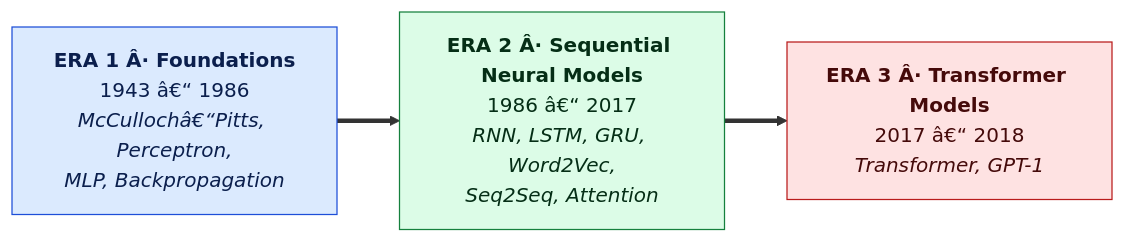
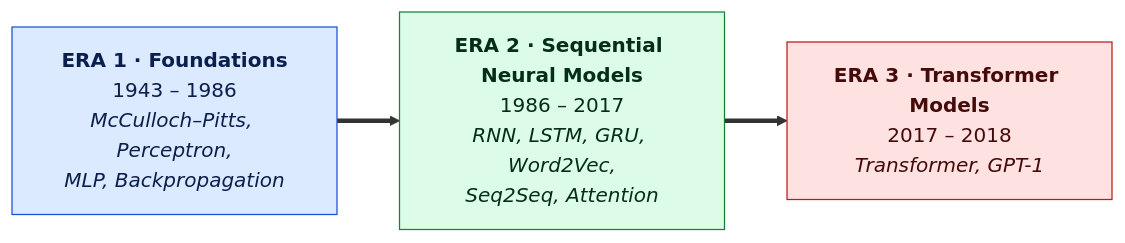
The first of 15 diagrams in README.md (cyourth/neural-network-lineage), drawn with Mermaid before and after one commit. The commit also changed other lines of this file, not shown here.

````diff
--- a/README.md
+++ b/README.md
@@ -42,14 +42,14 @@
 ```mermaid
 flowchart LR
-    E1["<b>ERA 1 Â· Foundations</b><br/>1943 â€“ 1986<br/><i>McCullochâ€“Pitts, Perceptron,<br/>MLP, Backpropagation</i>"]
-    E2["<b>ERA 2 Â· Sequential Neural Models</b><br/>1986 â€“ 2017<br/><i>RNN, LSTM, GRU, Word2Vec,<br/>Seq2Seq, Attention</i>"]
-    E3["<b>ERA 3 Â· Transformer Models</b><br/>2017 â€“ 2018<br/><i>Transformer, GPT-1</i>"]
+    E1["<b>ERA 1 · Foundations</b><br/>1943 – 1986<br/><i>McCulloch–Pitts, Perceptron,<br/>MLP, Backpropagation</i>"]
+    E2["<b>ERA 2 · Sequential Neural Models</b><br/>1986 – 2017<br/><i>RNN, LSTM, GRU, Word2Vec,<br/>Seq2Seq, Attention</i>"]
+    E3["<b>ERA 3 · Transformer Models</b><br/>2017 – 2018<br/><i>Transformer, GPT-1</i>"]
     E1 ==> E2 ==> E3
 
     classDef found fill:#DBEAFE,stroke:#1D4ED8,color:#0B1F4D
     classDef seq fill:#DCFCE7,stroke:#15803D,color:#052E16
     classDef trans fill:#FEE2E2,stroke:#B91C1C,color:#450A0A
     class E1 found
     class E2 seq
     class E3 trans
 ```
````
